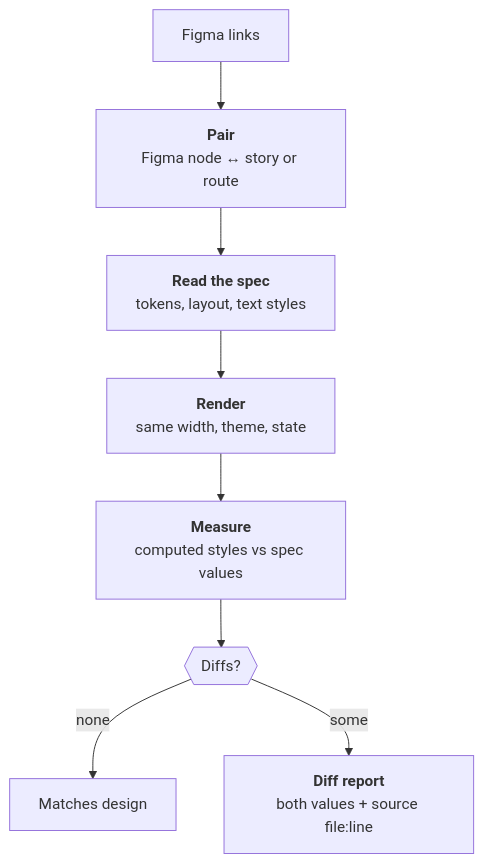
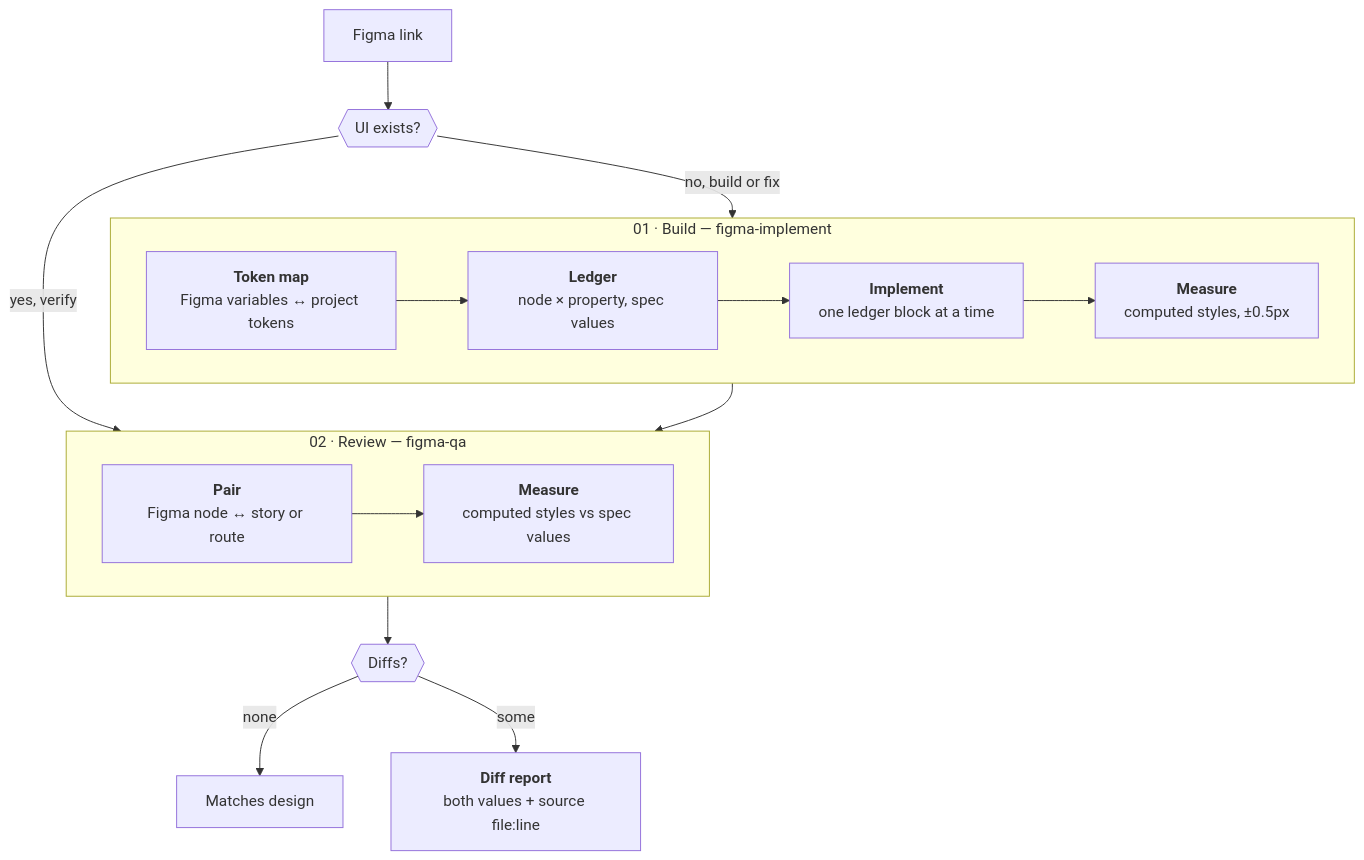
Before and after one commit to Phenomenon-Studio/phenomenon-skills: the diagram in docs/skills/design-qa/index.md, drawn with Mermaid. The commit also changed other lines of this file and 10 other files, not shown here.

First line of the commit message:
feat(skills): add figma-implement

````diff
--- a/docs/skills/design-qa/index.md
+++ b/docs/skills/design-qa/index.md
@@ -12,15 +15,31 @@
 ```mermaid
 flowchart TD
-  links["Figma links"]:::entry --> pair["`**Pair**
-  Figma node ↔ story or route`"]:::ours
-  pair --> spec["`**Read the spec**
-  tokens, layout, text styles`"]:::ours
-  spec --> render["`**Render**
-  same width, theme, state`"]:::ours
-  render --> measure["`**Measure**
-  computed styles vs spec values`"]:::ours
-  measure --> diffs{{Diffs?}}
+  links["Figma link"]:::entry --> task{{UI exists?}}
+  task -- no, build or fix --> impl
+
+  subgraph impl ["01 · Build — figma-implement"]
+    direction LR
+    tokens["`**Token map**
+    Figma variables ↔ project tokens`"]:::ours --> ledger["`**Ledger**
+    node × property, spec values`"]:::ours
+    ledger --> code["`**Implement**
+    one ledger block at a time`"]:::ours
+    code --> measured["`**Measure**
+    computed styles, ±0.5px`"]:::ours
+  end
+
+  task -- yes, verify --> qa
+  impl --> qa
+
+  subgraph qa ["02 · Review — figma-qa"]
+    direction LR
+    pair["`**Pair**
+    Figma node ↔ story or route`"]:::ours --> measure["`**Measure**
+    computed styles vs spec values`"]:::ours
+  end
+
+  qa --> diffs{{Diffs?}}
   diffs -- none --> done["Matches design"]:::exit
   diffs -- some --> report["`**Diff report**
   both values + source file:line`"]:::exit
 ```
````
